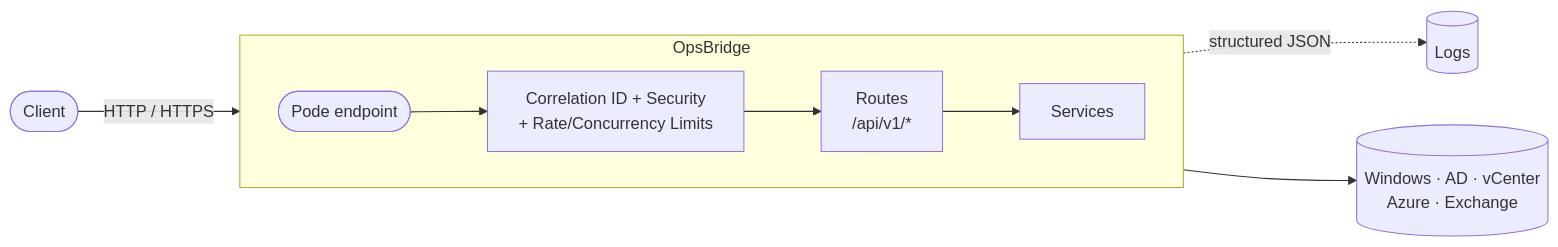
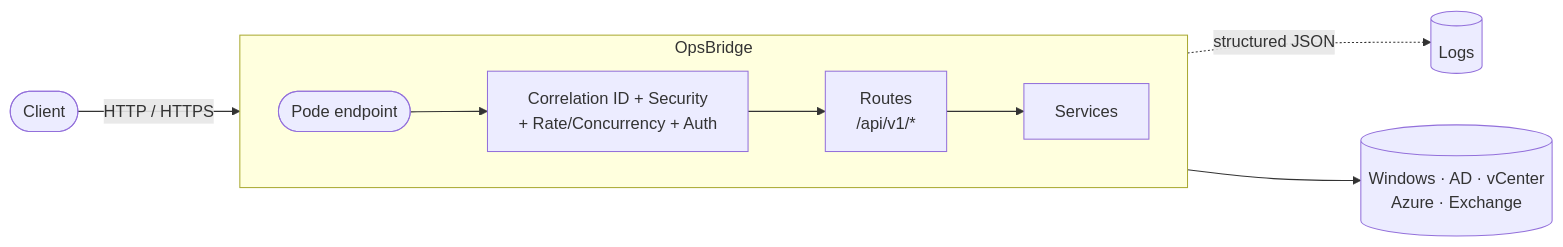
One commit to D4ri0Rookie/OpsBridge changed the diagram in README.md. Above: the diagram before and after it, drawn with Mermaid. The commit also changed other lines of this file and 24 other files, not shown here.

````diff
--- a/README.md
+++ b/README.md
@@ -20,14 +22,14 @@
 ```mermaid
 flowchart LR
     Client(["Client"]) -->|HTTP / HTTPS| Endpoint(["Pode endpoint"])
 
     subgraph API["OpsBridge"]
         direction LR
-        Endpoint --> MW["Correlation ID + Security<br/>+ Rate/Concurrency Limits"]
+        Endpoint --> MW["Correlation ID + Security<br/>+ Rate/Concurrency + Auth"]
         MW --> Routes["Routes<br/>/api/v1/*"]
         Routes --> Services["Services"]
     end
 
     MW -.->|structured JSON| Logs[("Logs")]
     Services --> Ext[("Windows · AD · vCenter<br/>Azure · Exchange")]
 ```
````
